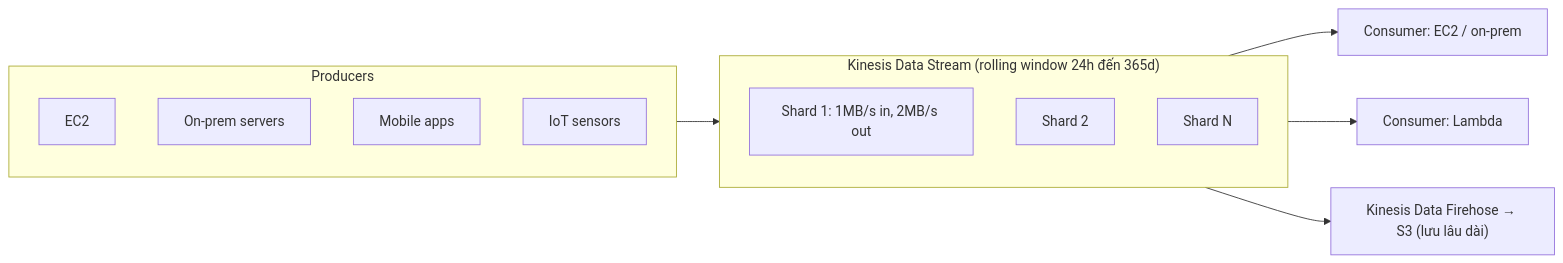
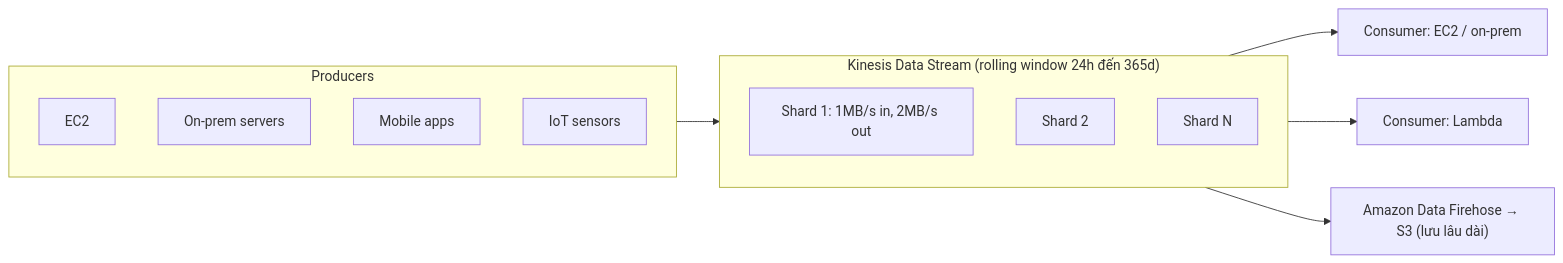
One commit to hairbui76/aws-saa-c03 changed the diagram in data/14 Serverless and Application Services/Kinesis Data Streams.md. Above: the diagram before and after it, drawn with Mermaid. The commit also changed other lines of this file and 84 other files, not shown here.

````diff
--- a/data/14 Serverless and Application Services/Kinesis Data Streams.md
+++ b/data/14 Serverless and Application Services/Kinesis Data Streams.md
@@ -32,18 +37,18 @@
 ```mermaid
 flowchart LR
     subgraph Producers
       EC2P["EC2"]
       OnP["On-prem servers"]
       Mob["Mobile apps"]
       IoT["IoT sensors"]
     end
     subgraph KDS["Kinesis Data Stream (rolling window 24h đến 365d)"]
       S1["Shard 1: 1MB/s in, 2MB/s out"]
       S2["Shard 2"]
       S3s["Shard N"]
     end
     Producers --> KDS
     KDS --> C1["Consumer: EC2 / on-prem"]
     KDS --> C2["Consumer: Lambda"]
-    KDS --> FH["Kinesis Data Firehose → S3 (lưu lâu dài)"]
+    KDS --> FH["Amazon Data Firehose → S3 (lưu lâu dài)"]
 ```
````
